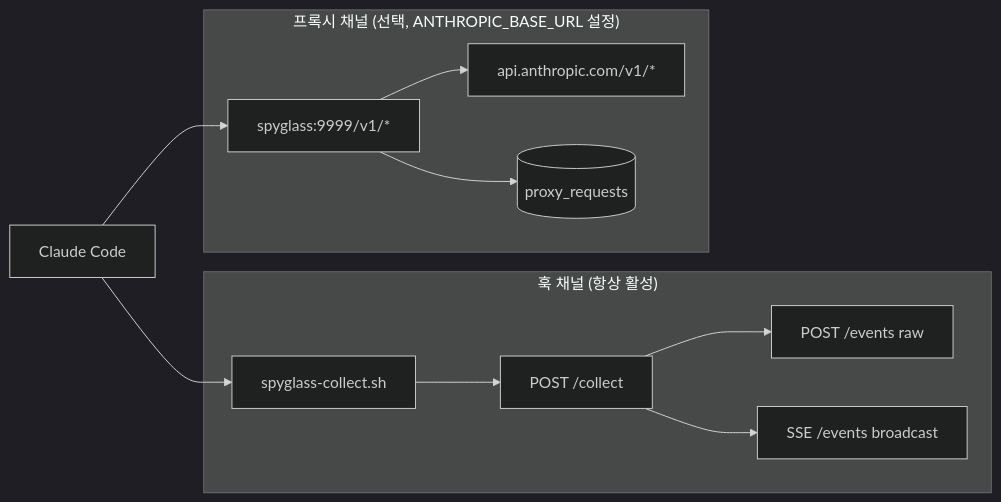
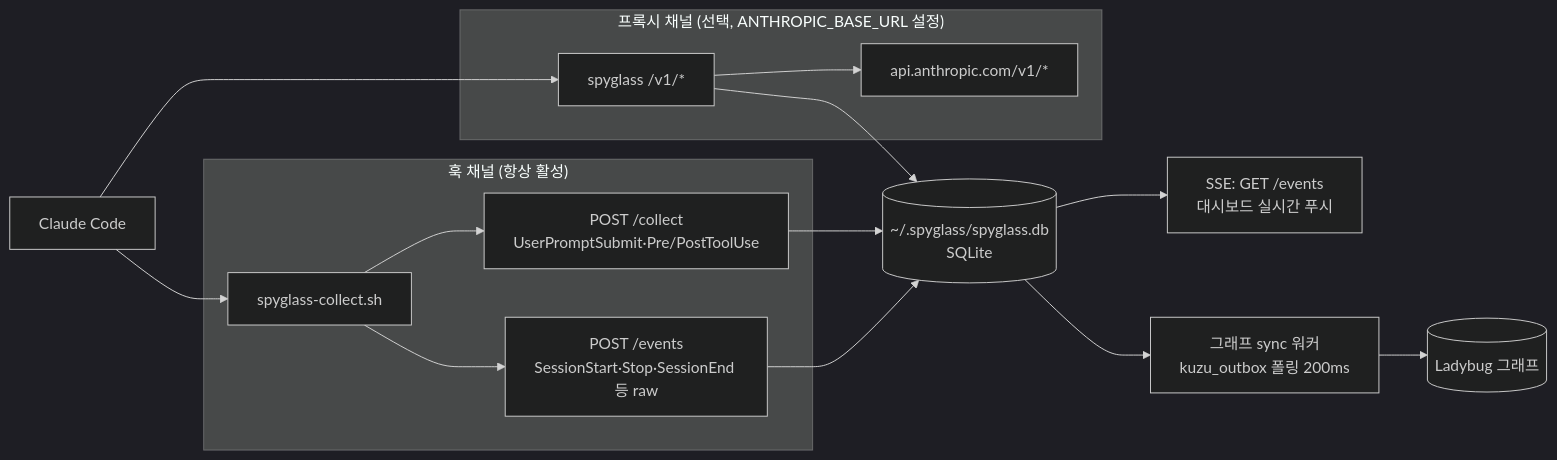
One commit to gmoon92/claude-spyglass changed the diagram in docs/architecture/index.md. Above: the diagram before and after it, drawn with Mermaid (dark theme). The commit also changed other lines of this file and 23 other files, not shown here.

First line of the commit message:
docs(architecture): 아키텍처 문서·README 소스 기준 현행화

````diff
--- a/docs/architecture/index.md
+++ b/docs/architecture/index.md
@@ -240,23 +256,30 @@
 ```mermaid
 flowchart LR
     CC[Claude Code]
 
-    subgraph 훅채널["훅 채널 (항상 활성)"]
+    subgraph hookCh["훅 채널 (항상 활성)"]
         SH[spyglass-collect.sh]
-        PC[POST /collect]
-        PE[POST /events raw]
-        SE[SSE /events broadcast]
+        PC["POST /collect<br/>UserPromptSubmit·Pre/PostToolUse"]
+        PEV["POST /events<br/>SessionStart·Stop·SessionEnd 등 raw"]
     end
 
-    subgraph 프록시채널["프록시 채널 (선택, ANTHROPIC_BASE_URL 설정)"]
-        SP[spyglass:9999/v1/*]
-        AN[api.anthropic.com/v1/*]
-        PR[(proxy_requests)]
+    subgraph proxyCh["프록시 채널 (선택, ANTHROPIC_BASE_URL 설정)"]
+        SP["spyglass /v1/*"]
+        AN["api.anthropic.com/v1/*"]
     end
 
-    CC --> SH --> PC
-    PC --> PE
-    PC --> SE
+    DB[("~/.spyglass/spyglass.db<br/>SQLite")]
+    SSE["SSE: GET /events<br/>대시보드 실시간 푸시"]
+    GW["그래프 sync 워커<br/>kuzu_outbox 폴링 200ms"]
+    LB[("Ladybug 그래프")]
+
+    CC --> SH
+    SH --> PC
+    SH --> PEV
+    PC --> DB
+    PEV --> DB
     CC --> SP --> AN
-    SP --> PR
+    SP --> DB
+    DB --> SSE
+    DB --> GW --> LB
 ```
````
